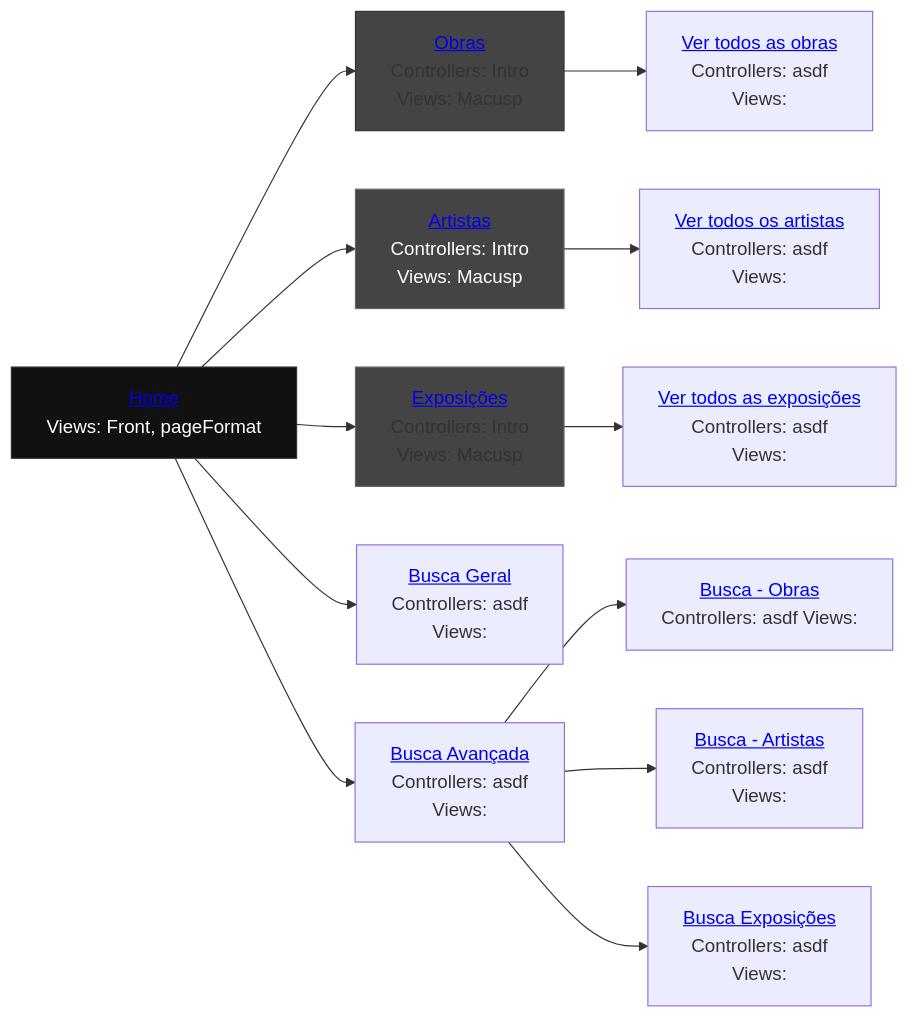
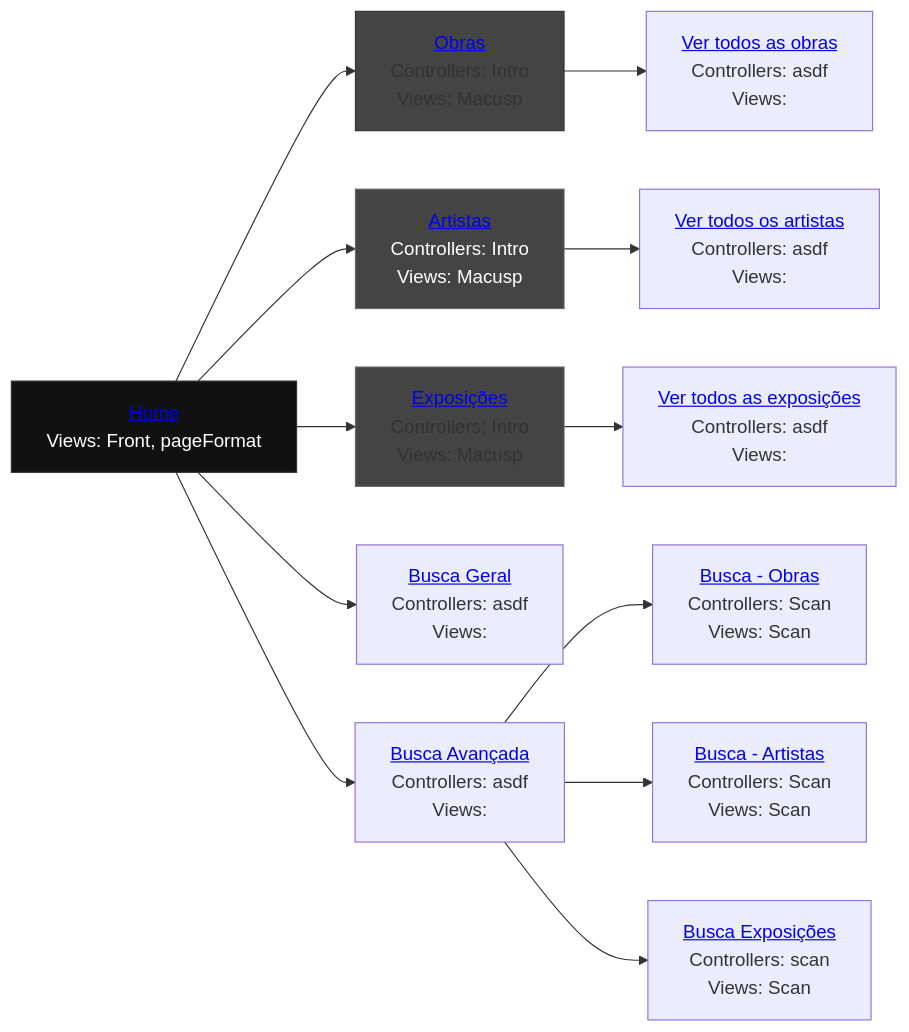
Before and after one commit to reynaldocv/macusp: the diagram in README.md, drawn with Mermaid. The commit also changed 20 other files, not shown here.

````diff
--- a/README.md
+++ b/README.md
@@ -245,36 +245,36 @@
 ```mermaid
 graph LR
     %% Parte superior e inferior del primer puesto
     home["           <a href='http://143.107.130.173/admacervo/macusp/index.php'> Home </a> <br> Views: Front, pageFormat"]
     works["          <a href='http://143.107.130.173/admacervo/macusp/index.php/Intro/works'>Obras</a>      <br> Controllers: Intro <br> Views: Macusp"]
     artists["        <a href='http://143.107.130.173/admacervo/macusp/index.php/Intro/artists'>Artistas</a>  <br> Controllers: Intro <br> Views: Macusp"]
     exhibitions["    <a href='http://143.107.130.173/admacervo/macusp/index.php/Intro/exhibitions'>Exposições</a> <br> Controllers: Intro <br> Views: Macusp"]
     search["         <a href='https://link.com'> Busca Geral </a> <br>  Controllers: asdf <br>  Views: "]
     advancedSearch[" <a href='https://link.com'> Busca Avançada</a> <br>  Controllers: </strong> asdf <br>  Views: "]
     viewWorks[" <a href='https://link.com'> Ver todos as obras</a> <br>  Controllers: </strong> asdf <br>  Views: "]
     viewArtists[" <a href='https://link.com'> Ver todos os artistas</a> <br>  Controllers: </strong> asdf <br>  Views: "]
     viewExhibitions[" <a href='https://link.com'> Ver todos as exposições</a> <br>  Controllers: </strong> asdf <br>  Views: "]
-    asWorks["<a href='http://143.107.130.173/admacervo/macusp/index.php/Scan/advanced/works'> Busca - Obras</a> <br>  Controllers: asdf Views: "]
-    asArtists["<a href='http://143.107.130.173/admacervo/macusp/index.php/Scan/advanced/artists'> Busca - Artistas</a> <br>  Controllers: asdf <br> Views: "]
-    asExhibitions["<a href='http://143.107.130.173/admacervo/macusp/index.php/Scan/advanced/exhibitions'> Busca Exposições </a> <br> Controllers:  asdf <br>  Views: "]
+    asWorks["<a href='http://143.107.130.173/admacervo/macusp/index.php/Scan/advanced/works'> Busca - Obras</a> <br>  Controllers: Scan <br> Views: Scan"]
+    asArtists["<a href='http://143.107.130.173/admacervo/macusp/index.php/Scan/advanced/artists'> Busca - Artistas</a> <br>  Controllers: Scan <br> Views: Scan "]
+    asExhibitions["<a href='http://143.107.130.173/admacervo/macusp/index.php/Scan/advanced/exhibitions'> Busca Exposições </a> <br> Controllers: scan <br>  Views: Scan  "]
     
     %% Conexión del organigrama (une la parte inferior de uno con la superior del otro)
     home --> works
     home --> artists
     home --> exhibitions
     home --> search
     home --> advancedSearch
     works --> viewWorks
     artists --> viewArtists    
     exhibitions --> viewExhibitions
     advancedSearch --> asWorks
     advancedSearch --> asArtists
     advancedSearch --> asExhibitions
 
 
     %% Estilos para que parezcan una sola pieza
     style home fill:#111,stroke:#333,color:#fff
     style works fill:#444,stroke:#333
     style artists fill:#444,stroke:#666,color:#fff
     style exhibitions fill:#444,stroke:#666
 ```
````
